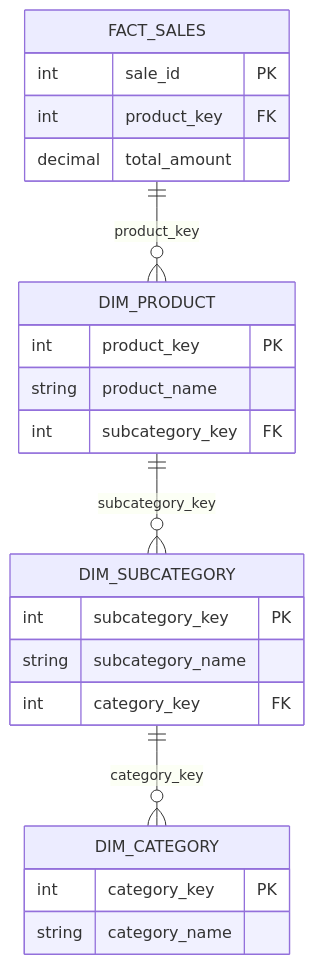
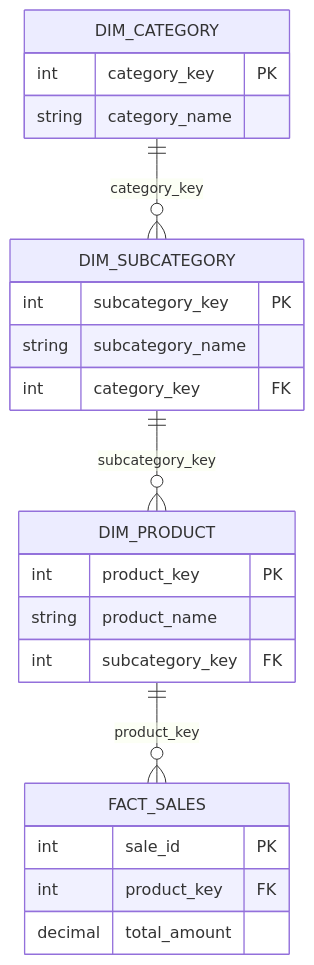
One commit to OneUptime/blog changed the second of 3 diagrams in posts/2026-02-13-dimensional-modeling-guide/README.md. Above: the diagram before and after it, drawn with Mermaid. The commit also changed other lines of this file and 2 other files, not shown here.

````diff
--- a/posts/2026-02-13-dimensional-modeling-guide/README.md
+++ b/posts/2026-02-13-dimensional-modeling-guide/README.md
@@ -83,26 +83,26 @@
 ```mermaid
 erDiagram
     FACT_SALES {
         int sale_id PK
         int product_key FK
         decimal total_amount
     }
     DIM_PRODUCT {
         int product_key PK
         string product_name
         int subcategory_key FK
     }
     DIM_SUBCATEGORY {
         int subcategory_key PK
         string subcategory_name
         int category_key FK
     }
     DIM_CATEGORY {
         int category_key PK
         string category_name
     }
 
-    FACT_SALES ||--o{ DIM_PRODUCT : "product_key"
-    DIM_PRODUCT ||--o{ DIM_SUBCATEGORY : "subcategory_key"
-    DIM_SUBCATEGORY ||--o{ DIM_CATEGORY : "category_key"
+    DIM_PRODUCT ||--o{ FACT_SALES : "product_key"
+    DIM_SUBCATEGORY ||--o{ DIM_PRODUCT : "subcategory_key"
+    DIM_CATEGORY ||--o{ DIM_SUBCATEGORY : "category_key"
 ```
````
